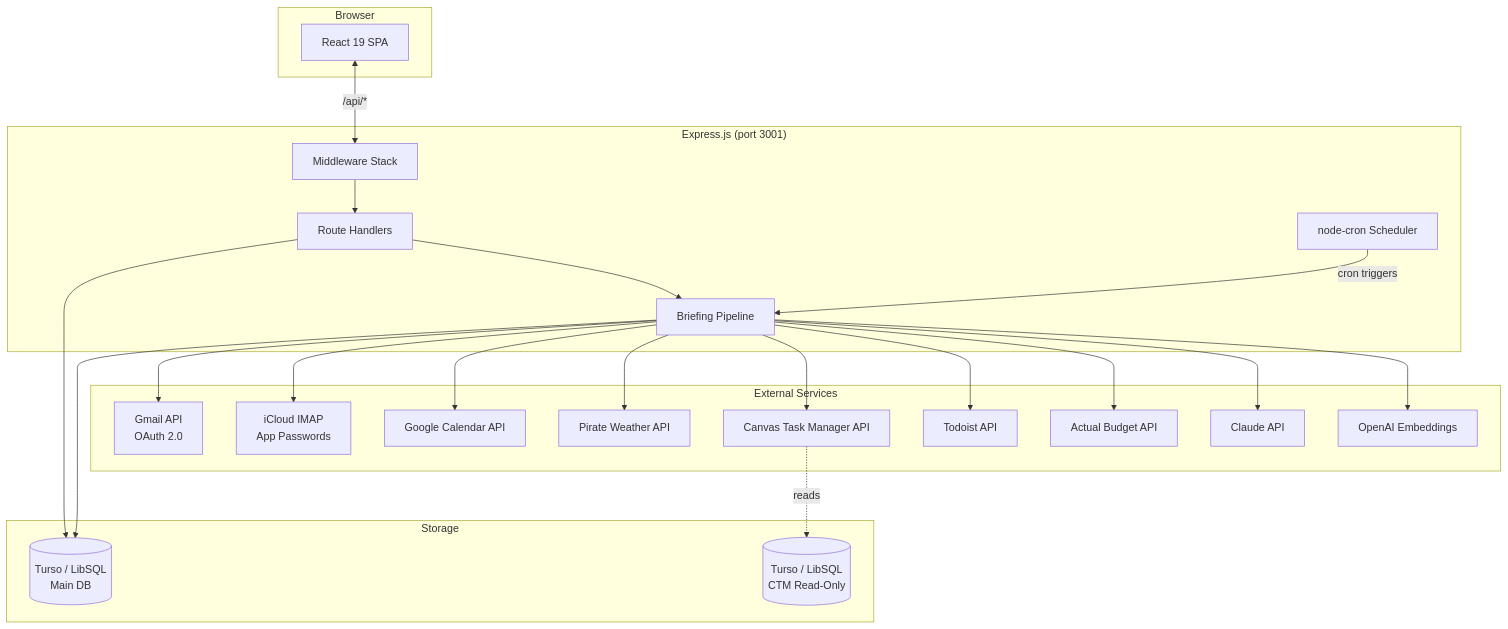
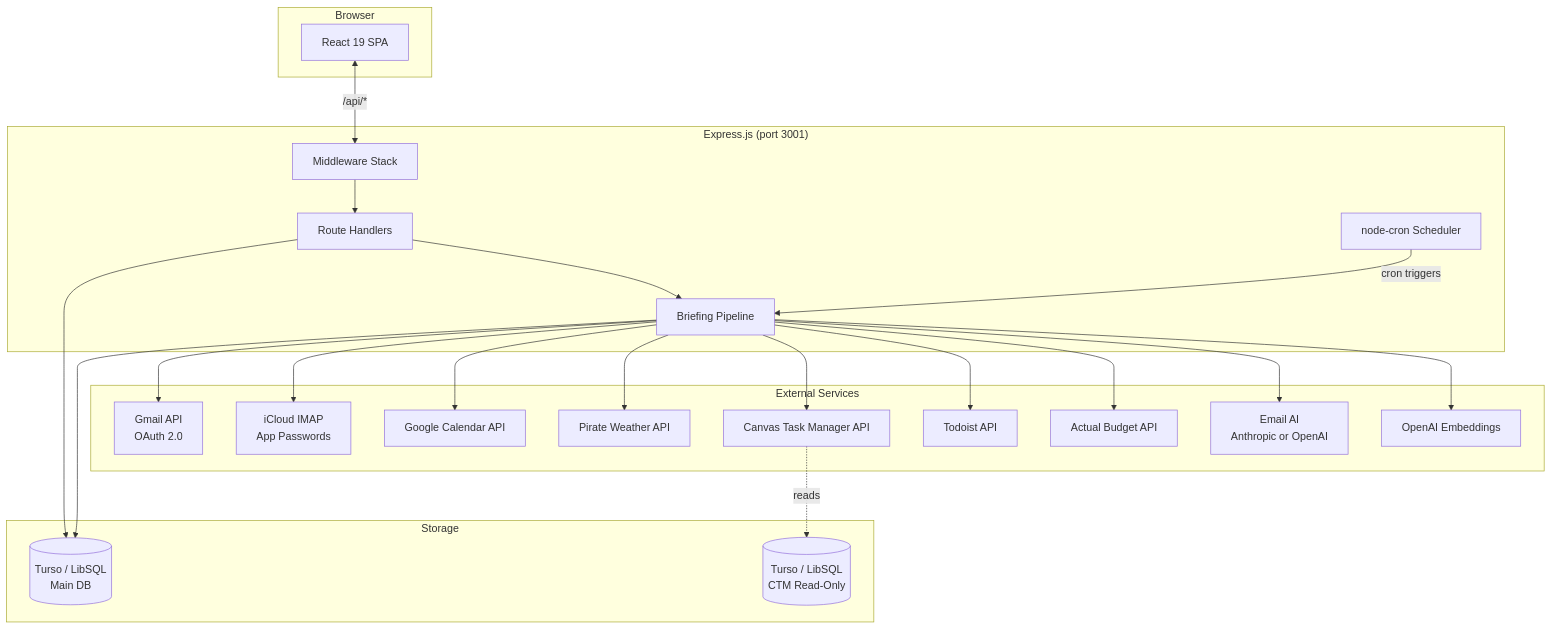
One commit to ansidian/Setpoint changed the first of 7 diagrams in ARCHITECTURE.md. Above: the diagram before and after it, drawn with Mermaid. The commit also changed other lines of this file and 29 other files, not shown here.

````diff
--- a/ARCHITECTURE.md
+++ b/ARCHITECTURE.md
@@ -7,41 +7,41 @@
 ```mermaid
 graph TB
     subgraph Browser
         SPA[React 19 SPA]
     end
 
     subgraph Server["Express.js (port 3001)"]
         MW[Middleware Stack]
         Routes[Route Handlers]
         Pipeline[Briefing Pipeline]
         Scheduler[node-cron Scheduler]
     end
 
     subgraph External["External Services"]
         Gmail[Gmail API<br/>OAuth 2.0]
         iCloud[iCloud IMAP<br/>App Passwords]
         GCal[Google Calendar API]
         Weather[Pirate Weather API]
         CTM[Canvas Task Manager API]
         Todoist[Todoist API]
         Actual[Actual Budget API]
-        Claude[Claude API]
+        EmailAI[Email AI<br/>Anthropic or OpenAI]
         OpenAI[OpenAI Embeddings]
     end
 
     subgraph Storage
         Turso[(Turso / LibSQL<br/>Main DB)]
         TursoCTM[(Turso / LibSQL<br/>CTM Read-Only)]
     end
 
     SPA <-->|/api/*| MW
     MW --> Routes
     Routes --> Pipeline
     Scheduler -->|cron triggers| Pipeline
     Pipeline --> Gmail & iCloud & GCal & Weather & CTM & Todoist & Actual
-    Pipeline --> Claude
+    Pipeline --> EmailAI
     Pipeline --> OpenAI
     Routes --> Turso
     Pipeline --> Turso
     CTM -.->|reads| TursoCTM
 ```
````
